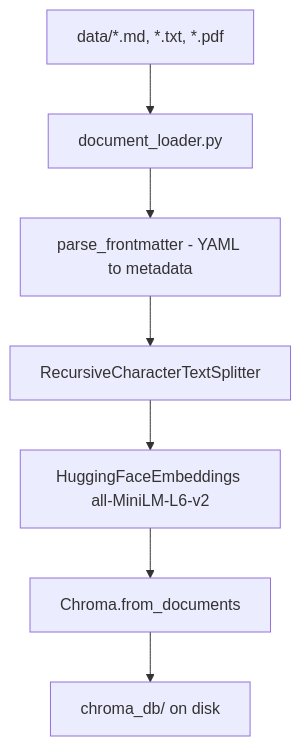
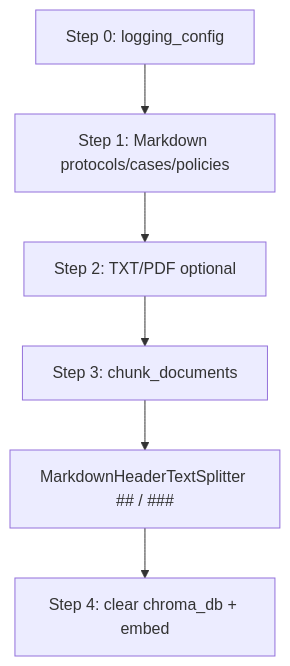
One commit to adim806/AtheleteCare-Final-Project changed the second of 3 diagrams in RAG-Service/README.md. Above: the diagram before and after it, drawn with Mermaid. The commit also changed other lines of this file and 18 other files, not shown here.

````diff
--- a/RAG-Service/README.md
+++ b/RAG-Service/README.md
@@ -57,9 +176,8 @@
 ```mermaid
 flowchart TD
-    DataFiles["data/*.md, *.txt, *.pdf"] --> DocLoader["document_loader.py"]
-    DocLoader --> Frontmatter["parse_frontmatter - YAML to metadata"]
-    Frontmatter --> Splitter["RecursiveCharacterTextSplitter"]
-    Splitter --> Embedder["HuggingFaceEmbeddings all-MiniLM-L6-v2"]
-    Embedder --> ChromaPersist["Chroma.from_documents"]
-    ChromaPersist --> ChromaDB["chroma_db/ on disk"]
+    S0["Step 0: logging_config"] --> S1["Step 1: Markdown protocols/cases/policies"]
+    S1 --> S2["Step 2: TXT/PDF optional"]
+    S2 --> S3["Step 3: chunk_documents"]
+    S3 --> MDsplit["MarkdownHeaderTextSplitter ## / ###"]
+    MDsplit --> S4["Step 4: clear chroma_db + embed"]
 ```
````
